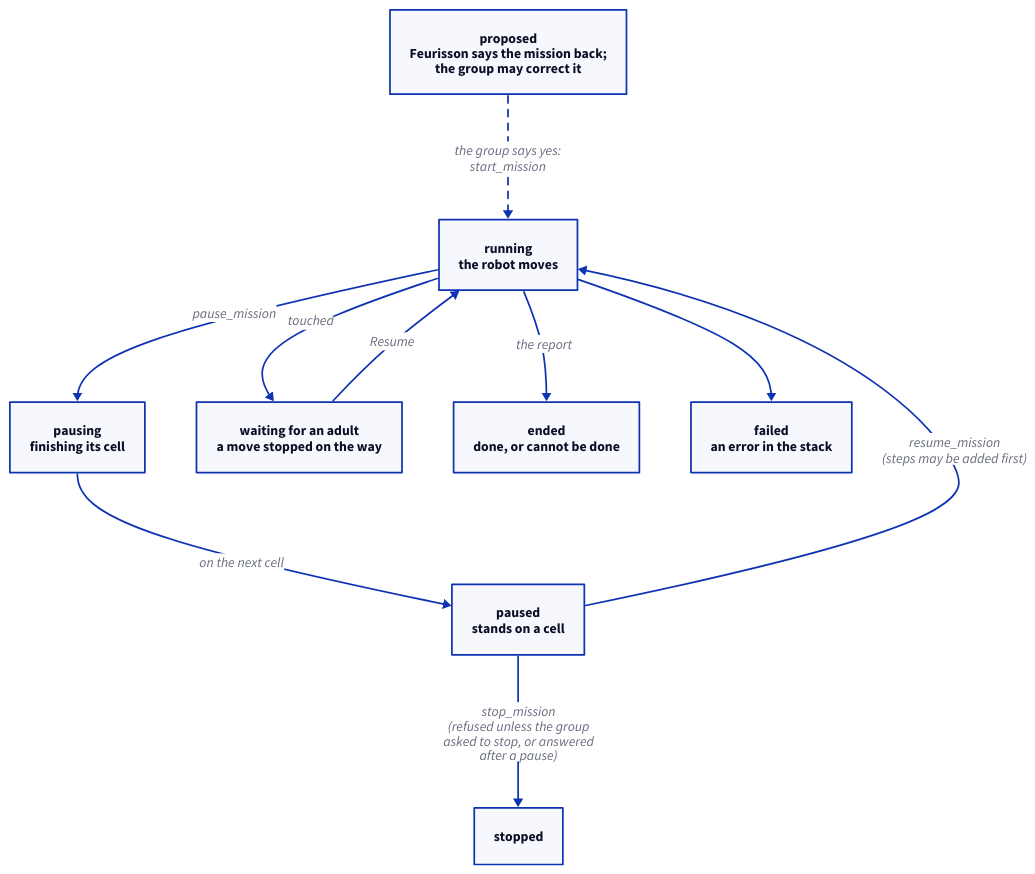
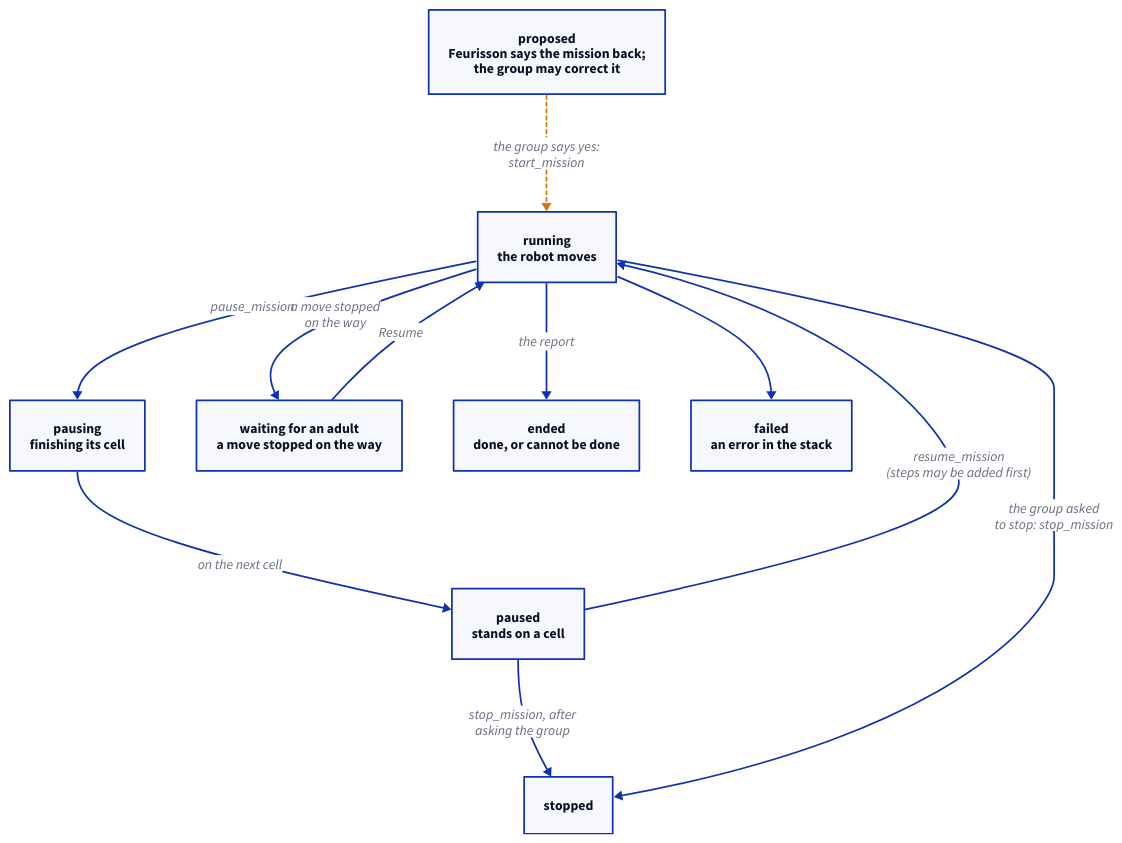
One commit to Youth-AI-Lab/yal-robot-guide changed the diagram in images/09-mission-lifecycle.d2. Above: the diagram before and after it, drawn with D2. The commit also changed 21 other files, not shown here.

```diff
--- a/images/09-mission-lifecycle.d2
+++ b/images/09-mission-lifecycle.d2
@@ -1,23 +1,24 @@
 # 9. The life of a mission (mission_status, stack/interpreter_link.py).
-# Solid boxes and arrows: held by code. Dashed: held only by Feurisson's instructions (its model may forget).
+# Grey: held by code. Amber, dotted: held only by Feurisson's instructions (its model may forget).
 
 direction: down
 
-proposed: "proposed\nFeurisson says the mission back;\nthe group may correct it" {class: planned}
+proposed: "proposed\nFeurisson says the mission back;\nthe group may correct it" {class: model-held}
 running: "running\nthe robot moves" {class: key}
 pausing: "pausing\nfinishing its cell" {class: part}
 paused: "paused\nstands on a cell" {class: part}
 waiting: "waiting for an adult\na move stopped on the way" {class: part}
 ended: "ended\ndone, or cannot be done" {class: part}
 stopped: "stopped" {class: part}
 failed: "failed\nan error in the stack" {class: never}
 
-proposed -> running: "the group says yes:\nstart_mission" {style.stroke-dash: 4}
+proposed -> running: "the group says yes:\nstart_mission" {style: {stroke: "#d97706"; stroke-dash: 2}}
 running -> pausing: "pause_mission"
 pausing -> paused: "on the next cell"
 paused -> running: "resume_mission\n(steps may be added first)"
-running -> waiting: "touched"
+running -> waiting: "a move stopped\non the way"
 waiting -> running: "Resume"
 running -> ended: "the report"
-paused -> stopped: "stop_mission\n(refused unless the group\nasked to stop, or answered\nafter a pause)"
+paused -> stopped: "stop_mission, after\nasking the group"
+running -> stopped: "the group asked\nto stop: stop_mission"
 running -> failed
```
